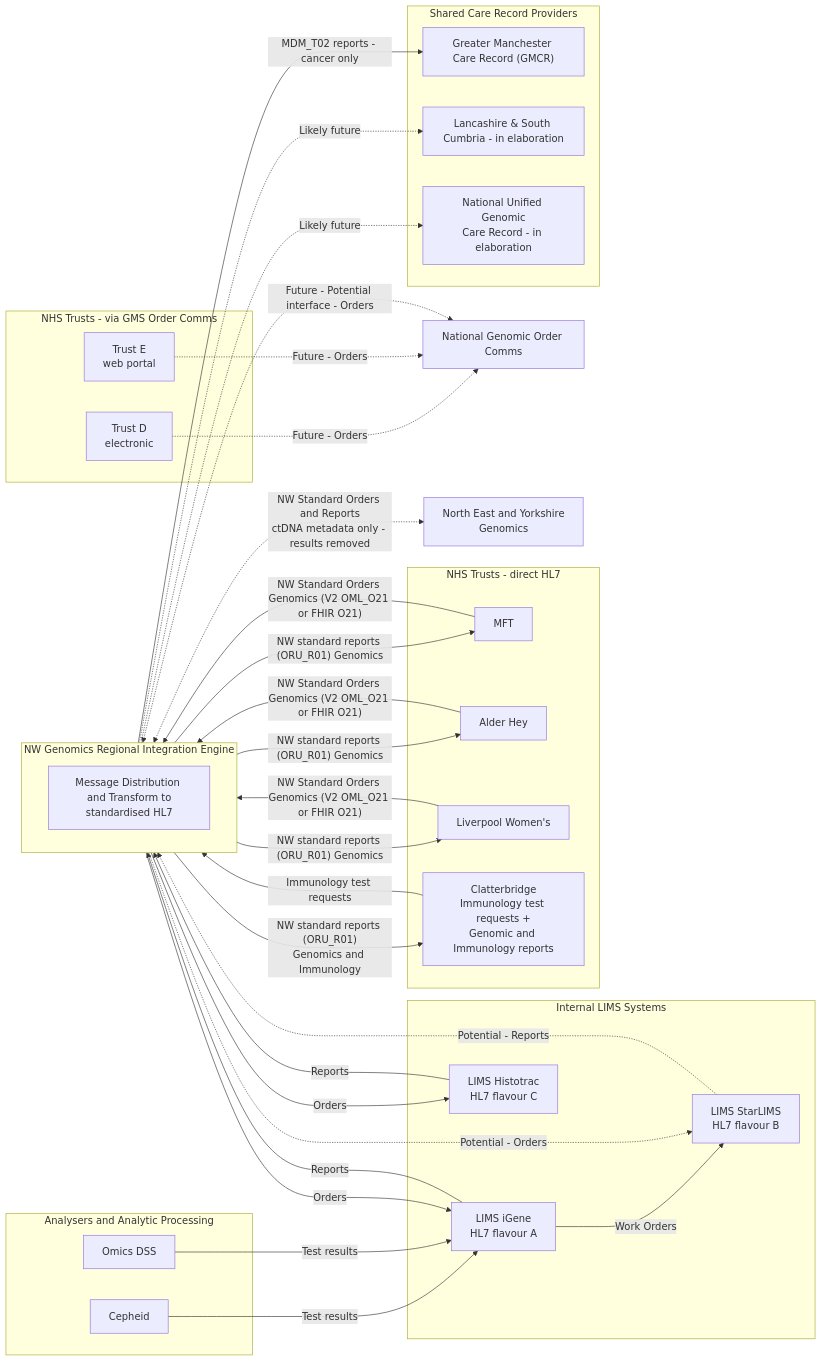
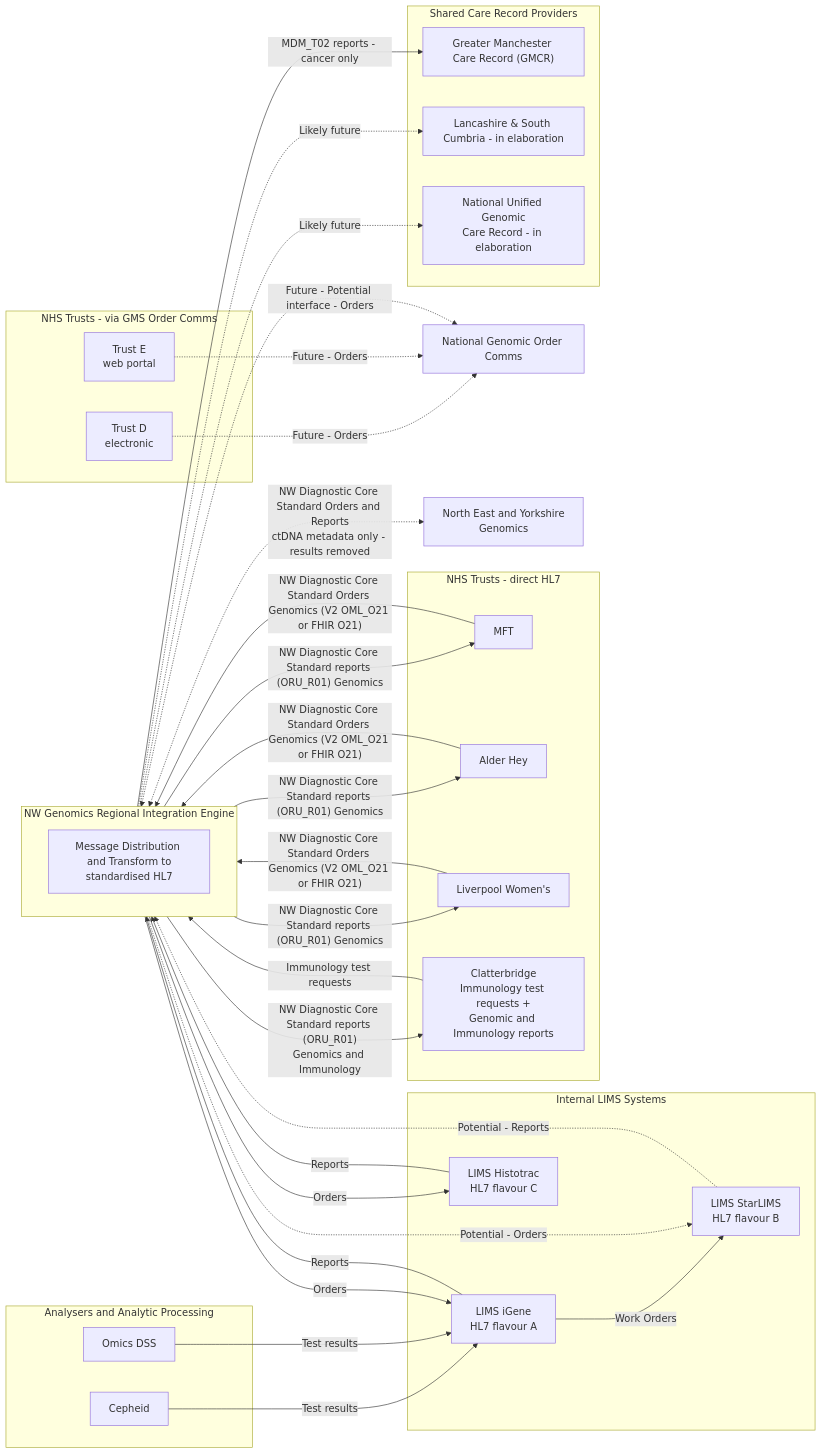
One commit to nw-gmsa/nw-gmsa.github.com changed the second of 6 diagrams in input/pagecontent/overview.md. Above: the diagram before and after it, drawn with Mermaid. The commit also changed other lines of this file, not shown here.

Commit message:
Overview diagram

````diff
--- a/input/pagecontent/overview.md
+++ b/input/pagecontent/overview.md
@@ -95,72 +95,72 @@
 ```mermaid
 flowchart LR
     subgraph LIMS["Internal LIMS Systems"]
         L1[LIMS iGene<br/>HL7 flavour A]
         L2[LIMS StarLIMS<br/>HL7 flavour B]
         L3[LIMS Histotrac<br/>HL7 flavour C]
     end
 
     subgraph TestResults["Analysers and Analytic Processing"]
         CEP[Cepheid]
         ODSS[Omics DSS]
     end
 
     subgraph RIE["NW Genomics Regional Integration Engine"]
         direction TB
         T[Message Distribution and Transform to<br/>standardised HL7]
     end
 
     subgraph Trusts["NHS Trusts - direct HL7"]
         TR1[MFT]
         TR2[Alder Hey]
         TR3[Liverpool Women's]
         TR4[Clatterbridge<br/>Immunology test requests +<br/>Genomic and Immunology reports]
     end
 
     subgraph TrustsGMS["NHS Trusts - via GMS Order Comms"]
         TG1[Trust D<br/>electronic]
         TG2[Trust E<br/>web portal]
     end
 
     NOC[National Genomic Order Comms]
 
     subgraph SCR["Shared Care Record Providers"]
         SCR1["Greater Manchester Care Record (GMCR)"]
         SCR2[Lancashire & South Cumbria - in elaboration]
         SCR3[National Unified Genomic<br/>Care Record - in elaboration]
     end
 
     NEY[North East and Yorkshire<br/>Genomics]
 
     CEP -- Test results --> L1
     ODSS -- Test results --> L1
 
     L1 -- Work Orders --> L2
 
     L1 -- Reports --> RIE
     L2 -. Potential - Reports .-> RIE
     L3 -- Reports --> RIE
-    RIE -- "NW standard reports (ORU_R01) Genomics" --> TR1
-    RIE -- "NW standard reports (ORU_R01) Genomics" --> TR2
-    RIE -- "NW standard reports (ORU_R01) Genomics" --> TR3
-    RIE -- "NW standard reports (ORU_R01)<br/>Genomics and Immunology" --> TR4
+    RIE -- "NW Diagnostic Core Standard reports (ORU_R01) Genomics" --> TR1
+    RIE -- "NW Diagnostic Core Standard reports (ORU_R01) Genomics" --> TR2
+    RIE -- "NW Diagnostic Core Standard reports (ORU_R01) Genomics" --> TR3
+    RIE -- "NW Diagnostic Core Standard reports (ORU_R01)<br/>Genomics and Immunology" --> TR4
 
-    TR1 -- "NW Standard Orders Genomics (V2 OML_O21 or FHIR O21)" --> RIE
-    TR2 -- "NW Standard Orders Genomics (V2 OML_O21 or FHIR O21)" --> RIE
-    TR3 -- "NW Standard Orders Genomics (V2 OML_O21 or FHIR O21)" --> RIE
+    TR1 -- "NW Diagnostic Core Standard Orders Genomics (V2 OML_O21 or FHIR O21)" --> RIE
+    TR2 -- "NW Diagnostic Core Standard Orders Genomics (V2 OML_O21 or FHIR O21)" --> RIE
+    TR3 -- "NW Diagnostic Core Standard Orders Genomics (V2 OML_O21 or FHIR O21)" --> RIE
     TR4 -- Immunology test requests --> RIE
     RIE -- Orders --> L1
     RIE -. Potential - Orders .-> L2
     RIE -- Orders --> L3
 
     RIE <-. Future - Potential interface - Orders .-> NOC
 
     TG1 -. Future - Orders .-> NOC
     TG2 -. Future - Orders .-> NOC
 
     RIE -- MDM_T02 reports - cancer only --> SCR1
     RIE -. Likely future .-> SCR2
     RIE -. Likely future .-> SCR3
 
-    RIE <-. NW Standard Orders and Reports<br/>ctDNA metadata only - results removed .-> NEY
+    RIE <-. NW Diagnostic Core Standard Orders and Reports<br/>ctDNA metadata only - results removed .-> NEY
 ```
````
